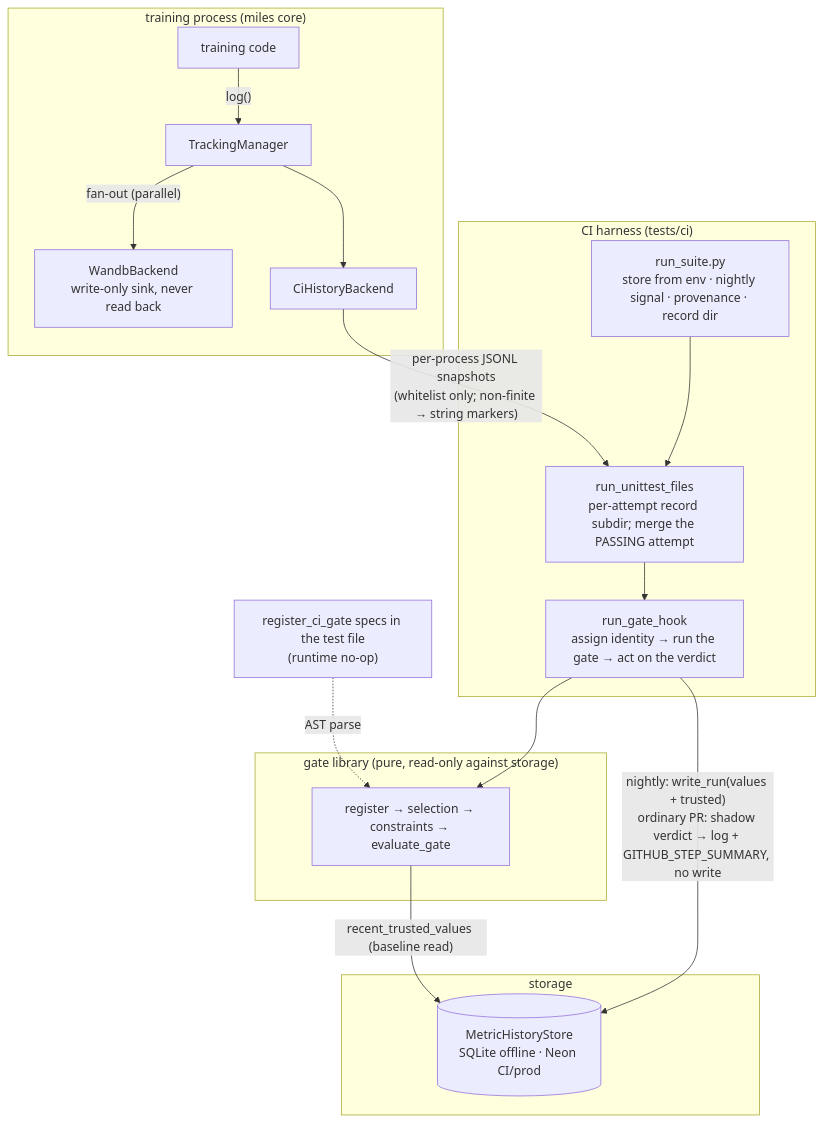
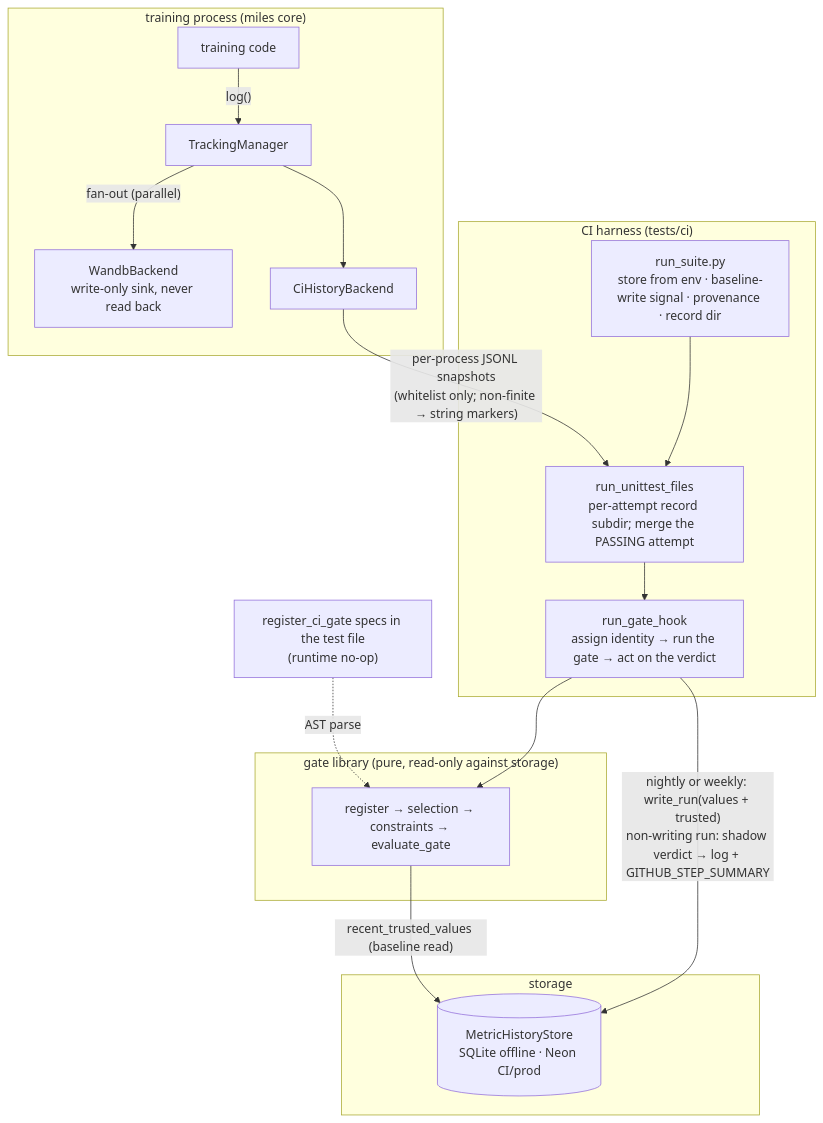
Before and after one commit to AndyDai-nv/miles: the first of 2 diagrams in docs/ci/03-metric-history-gate.md, drawn with Mermaid. The commit also changed other lines of this file and 15 other files, not shown here.

Commit message:
feat(ci): add weekly full-suite cadence (#2499)

````diff
--- a/docs/ci/03-metric-history-gate.md
+++ b/docs/ci/03-metric-history-gate.md
@@ -67,23 +67,23 @@
 ```mermaid
 flowchart TD
     subgraph training_process["training process (miles core)"]
         training_code["training code"] -- "log()" --> tracking_manager["TrackingManager"]
         tracking_manager -- "fan-out (parallel)" --> wandb_backend["WandbBackend<br>write-only sink, never read back"]
         tracking_manager --> ci_history_backend["CiHistoryBackend"]
     end
     ci_history_backend -- "per-process JSONL snapshots<br>(whitelist only; non-finite → string markers)" --> run_unittest_files
     subgraph ci_harness["CI harness (tests/ci)"]
-        run_suite["run_suite.py<br>store from env · nightly signal · provenance · record dir"] --> run_unittest_files["run_unittest_files<br>per-attempt record subdir; merge the PASSING attempt"]
+        run_suite["run_suite.py<br>store from env · baseline-write signal · provenance · record dir"] --> run_unittest_files["run_unittest_files<br>per-attempt record subdir; merge the PASSING attempt"]
         run_unittest_files --> run_gate_hook["run_gate_hook<br>assign identity → run the gate → act on the verdict"]
     end
     gate_specs["register_ci_gate specs in the test file<br>(runtime no-op)"] -. "AST parse" .-> evaluate_gate
     run_gate_hook --> evaluate_gate
     subgraph gate_library["gate library (pure, read-only against storage)"]
         evaluate_gate["register → selection → constraints → evaluate_gate"]
     end
     evaluate_gate -- "recent_trusted_values (baseline read)" --> metric_store
-    run_gate_hook -- "nightly: write_run(values + trusted)<br>ordinary PR: shadow verdict → log + GITHUB_STEP_SUMMARY, no write" --> metric_store
+    run_gate_hook -- "nightly or weekly: write_run(values + trusted)<br>non-writing run: shadow verdict → log + GITHUB_STEP_SUMMARY" --> metric_store
     subgraph storage
         metric_store[("MetricHistoryStore<br>SQLite offline · Neon CI/prod")]
     end
 ```
````
